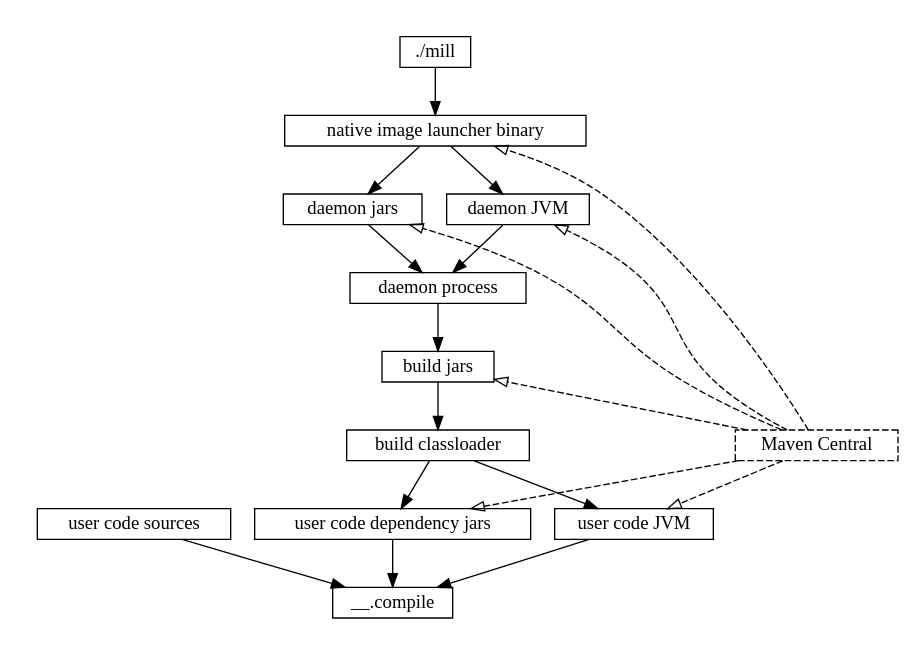
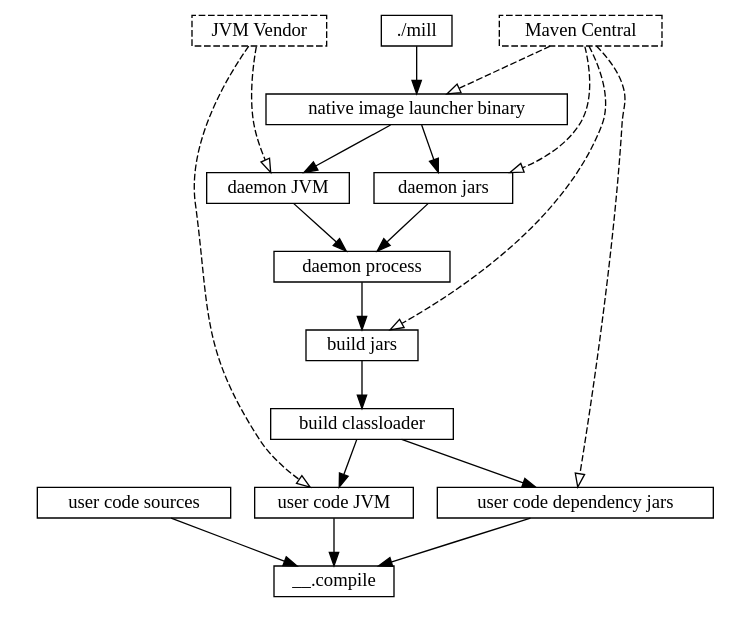
Before and after one commit to com-lihaoyi/mill: the diagram in website/blog/modules/ROOT/pages/16-zero-install.adoc, drawn with Graphviz. The commit also changed other lines of this file, not shown here.

````diff
--- a/website/blog/modules/ROOT/pages/16-zero-install.adoc
+++ b/website/blog/modules/ROOT/pages/16-zero-install.adoc
@@ -244,24 +250,26 @@
 ```graphviz
 digraph G {
   node [shape=box width=0 height=0 style=filled fillcolor=white]
   subgraph cluster0{
     color=white
 
     "./mill" -> "native image launcher binary" -> "daemon jars" -> "daemon process" -> "build jars" -> "build classloader" -> "user code dependency jars"
     "native image launcher binary" -> "daemon JVM" -> "daemon process"
     "build classloader" -> "user code JVM"
 
     "user code JVM" -> "__.compile"
     "user code dependency jars" -> "__.compile"
     "user code sources" -> "__.compile"
   }
+  "JVM Vendor" [style=dashed]
 
   "Maven Central" [style=dashed]
   "Maven Central" -> "native image launcher binary" [style=dashed arrowhead=empty weight=0]
   "Maven Central" -> "daemon jars" [style=dashed arrowhead=empty weight=0]
-  "Maven Central" -> "daemon JVM" [style=dashed arrowhead=empty weight=0]
+  "JVM Vendor" -> "daemon JVM" [style=dashed arrowhead=empty weight=0]
   "Maven Central" -> "build jars" [style=dashed arrowhead=empty weight=0]
   "Maven Central" -> "user code dependency jars" [style=dashed arrowhead=empty weight=0]
-  "Maven Central" -> "user code JVM" [style=dashed arrowhead=empty weight=0]
- }
+  "JVM Vendor" -> "user code JVM" [style=dashed arrowhead=empty weight=0]
+  {"Maven Central"; "JVM Vendor"; "./mill"; rank=same}
+}
 ```
````
